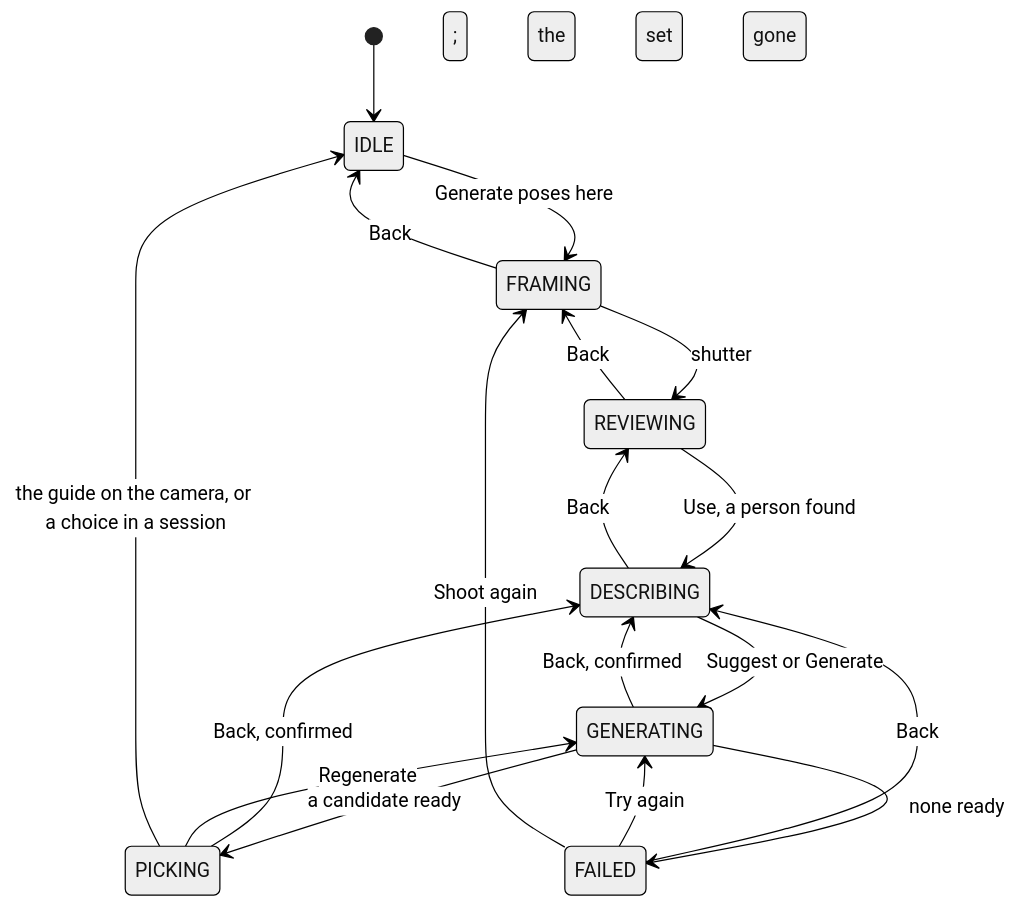
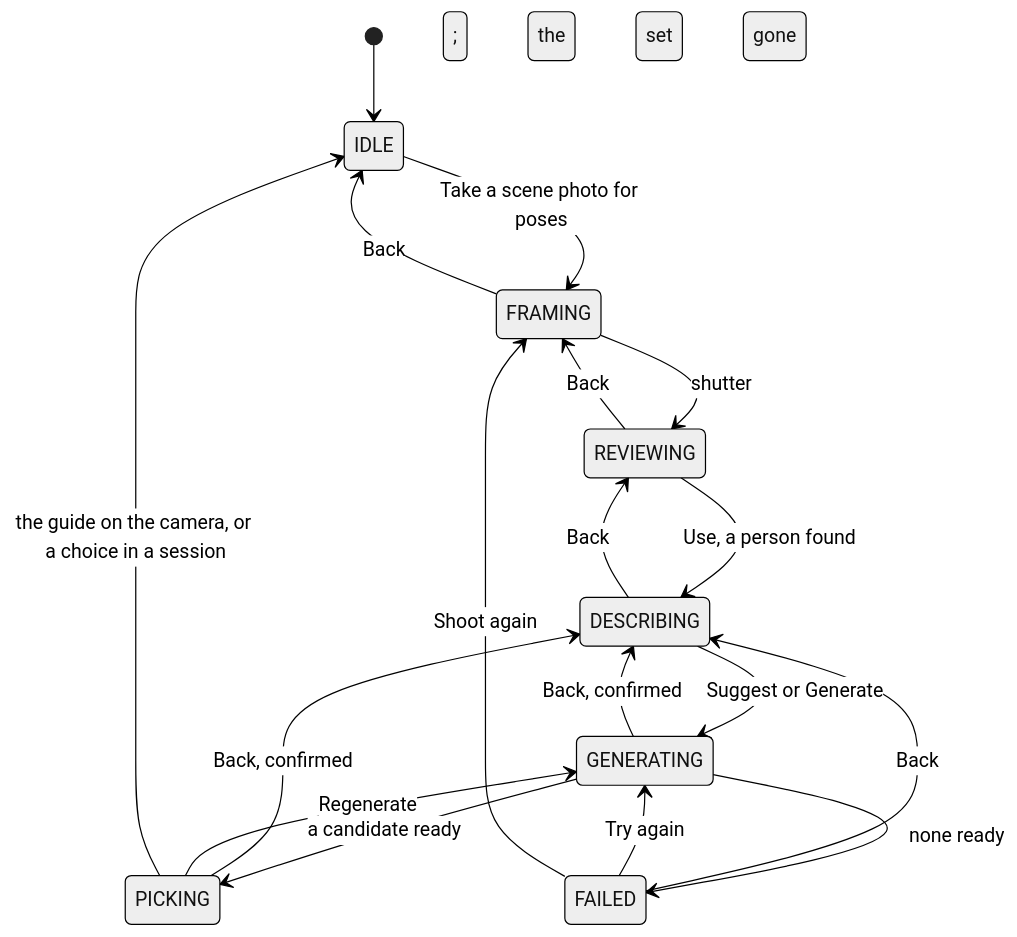
Before and after one commit to snuhcs-course/swpp-2026-project-team-10: diagram 13 of 14 in wiki/Design-Documentation.md, drawn with Mermaid (neutral theme). The commit also changed other lines of this file and 76 other files, not shown here.

Commit message:
feat: choose the situation before the scene photo (#228)

````diff
--- a/wiki/Design-Documentation.md
+++ b/wiki/Design-Documentation.md
@@ -1487,20 +1488,20 @@
 ```mermaid
 stateDiagram-v2
   [*] --> IDLE
-  IDLE --> FRAMING: Generate poses here
+  IDLE --> FRAMING: Take a scene photo for poses
   FRAMING --> IDLE: Back
   FRAMING --> REVIEWING: shutter
   REVIEWING --> FRAMING: Back
   REVIEWING --> DESCRIBING: Use, a person found
   DESCRIBING --> REVIEWING: Back
   DESCRIBING --> GENERATING: Suggest or Generate
   GENERATING --> DESCRIBING: Back, confirmed
   GENERATING --> PICKING: a candidate ready
   GENERATING --> FAILED: none ready
   PICKING --> DESCRIBING: Back, confirmed; the set gone
   PICKING --> GENERATING: Regenerate
   PICKING --> IDLE: the guide on the camera, or a choice in a session
   FAILED --> DESCRIBING: Back
   FAILED --> GENERATING: Try again
   FAILED --> FRAMING: Shoot again
 ```
````
